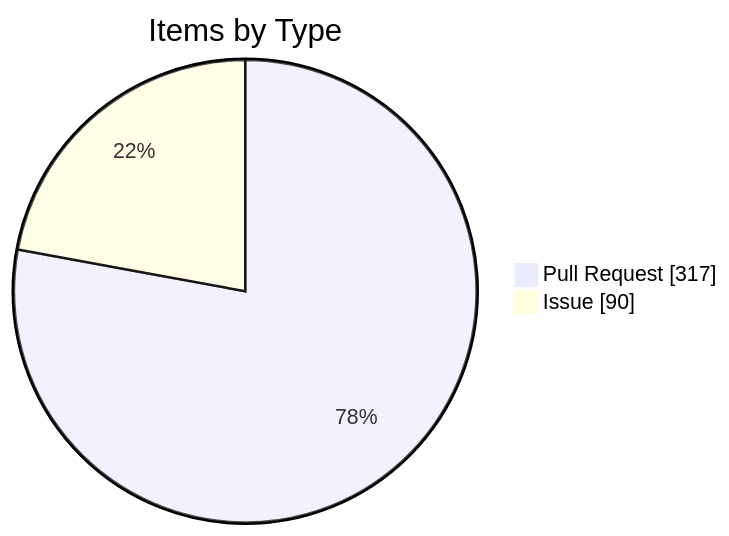
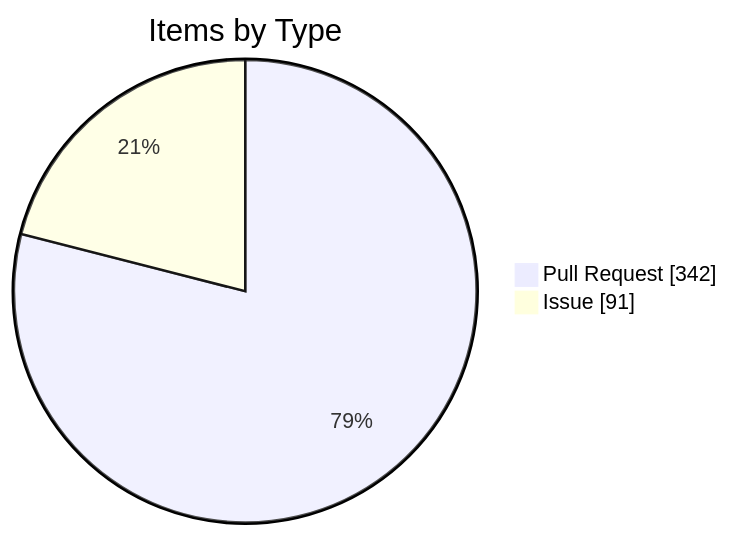
Before and after one commit to KBVE/kbve: the fourth of 4 diagrams in apps/kbve/astro-kbve/src/content/docs/dashboard/kanban-data.mdx, drawn with Mermaid. The commit also changed other lines of this file and 8 other files, not shown here.

````diff
--- a/apps/kbve/astro-kbve/src/content/docs/dashboard/kanban-data.mdx
+++ b/apps/kbve/astro-kbve/src/content/docs/dashboard/kanban-data.mdx
@@ -116,6 +116,6 @@
 ```mermaid
 pie showData
     title Items by Type
-    "Pull Request" : 317
-    "Issue" : 90
+    "Pull Request" : 342
+    "Issue" : 91
 ```
````
